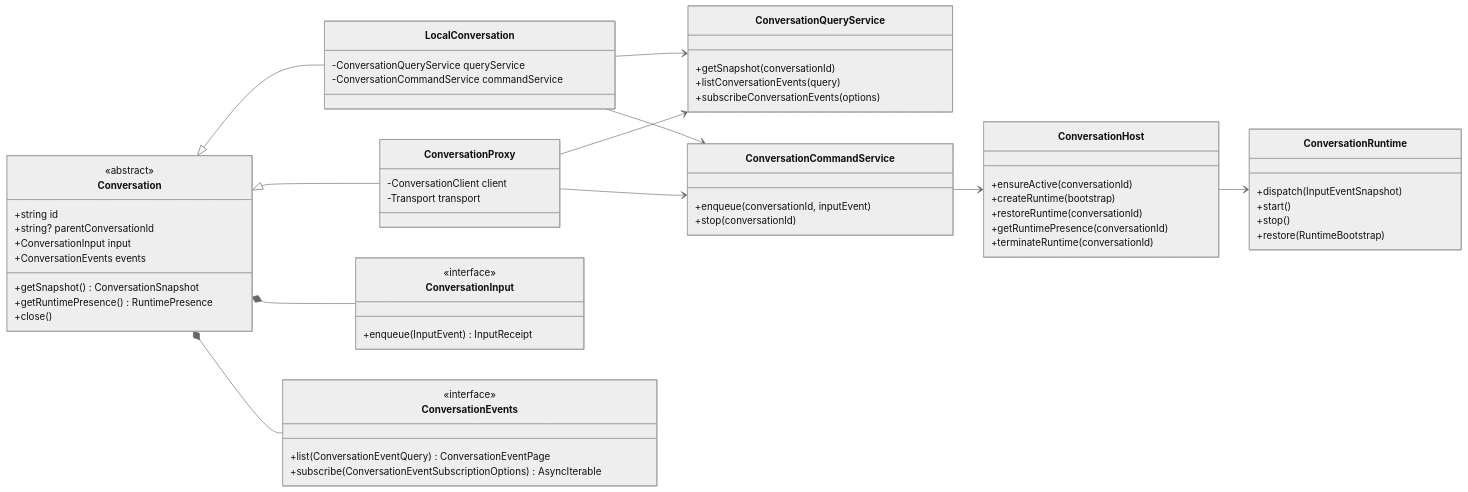
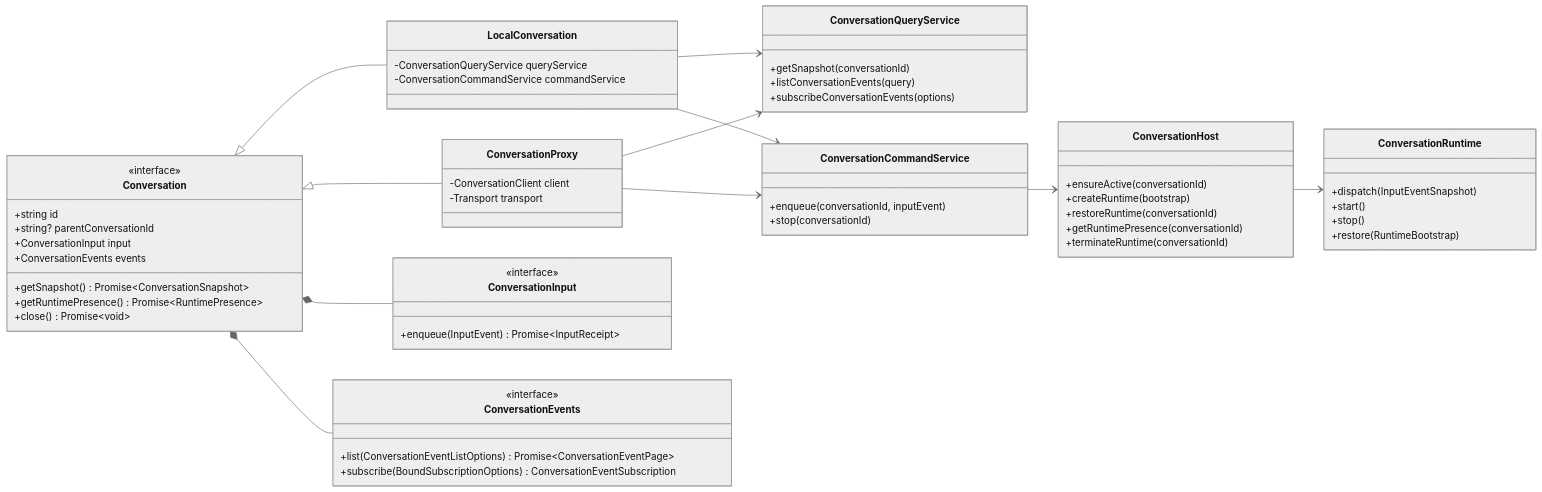
The fifth of 46 diagrams in docs/architecture.md (fanghuarunbalala/nova-writing), drawn with Mermaid (neutral theme) before and after one commit. The commit also changed other lines of this file and 14 other files, not shown here.

````diff
--- a/docs/architecture.md
+++ b/docs/architecture.md
@@ -351,74 +351,74 @@
 ```mermaid
 classDiagram
     direction LR
 
     class Conversation {
-        <<abstract>>
+        <<interface>>
         +string id
         +string? parentConversationId
         +ConversationInput input
         +ConversationEvents events
-        +getSnapshot() ConversationSnapshot
-        +getRuntimePresence() RuntimePresence
-        +close()
+        +getSnapshot() Promise~ConversationSnapshot~
+        +getRuntimePresence() Promise~RuntimePresence~
+        +close() Promise~void~
     }
 
     class LocalConversation {
         -ConversationQueryService queryService
         -ConversationCommandService commandService
     }
 
     class ConversationProxy {
         -ConversationClient client
         -Transport transport
     }
 
     class ConversationInput {
         <<interface>>
-        +enqueue(InputEvent) InputReceipt
+        +enqueue(InputEvent) Promise~InputReceipt~
     }
 
     class ConversationEvents {
         <<interface>>
-        +list(ConversationEventQuery) ConversationEventPage
-        +subscribe(ConversationEventSubscriptionOptions) AsyncIterable
+        +list(ConversationEventListOptions) Promise~ConversationEventPage~
+        +subscribe(BoundSubscriptionOptions) ConversationEventSubscription
     }
 
     class ConversationQueryService {
         +getSnapshot(conversationId)
         +listConversationEvents(query)
         +subscribeConversationEvents(options)
     }
 
     class ConversationCommandService {
         +enqueue(conversationId, inputEvent)
         +stop(conversationId)
     }
 
     class ConversationHost {
         +ensureActive(conversationId)
         +createRuntime(bootstrap)
         +restoreRuntime(conversationId)
         +getRuntimePresence(conversationId)
         +terminateRuntime(conversationId)
     }
 
     class ConversationRuntime {
         +dispatch(InputEventSnapshot)
         +start()
         +stop()
         +restore(RuntimeBootstrap)
     }
 
     Conversation <|-- LocalConversation
     Conversation <|-- ConversationProxy
     Conversation *-- ConversationInput
     Conversation *-- ConversationEvents
 
     LocalConversation --> ConversationQueryService
     LocalConversation --> ConversationCommandService
     ConversationProxy --> ConversationQueryService
     ConversationProxy --> ConversationCommandService
     ConversationCommandService --> ConversationHost
     ConversationHost --> ConversationRuntime
 ```
````
